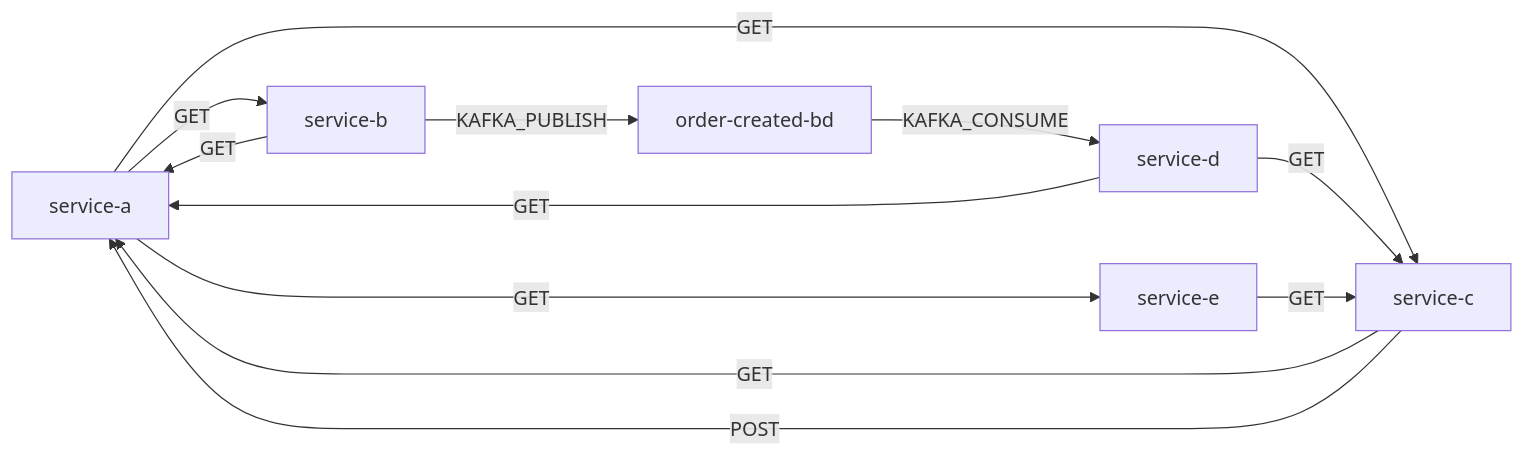
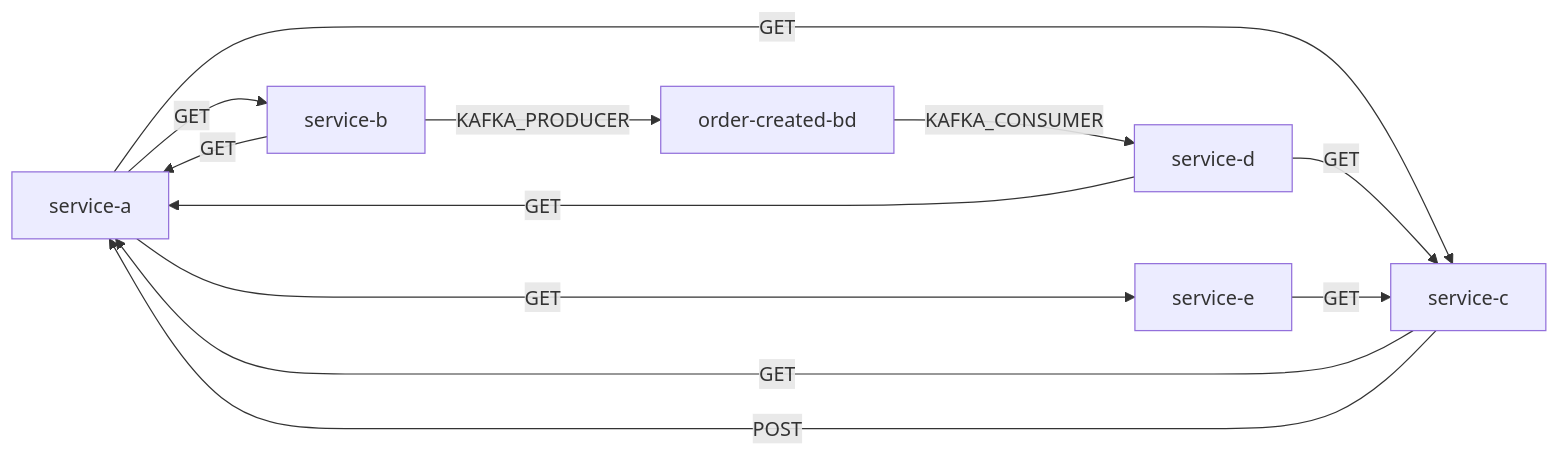
The diagram in output/deps.md (lokesh0507/First_project), drawn with Mermaid before and after one commit. The commit also changed 2 other files, not shown here.

Commit message:
output change

````diff
--- a/output/deps.md
+++ b/output/deps.md
@@ -1,14 +1,14 @@
 ```mermaid
 graph LR
   service-a -->|GET| service-b
   service-a -->|GET| service-c
   service-a -->|GET| service-e
   service-b -->|GET| service-a
-  service-b -->|KAFKA_PUBLISH| order-created-bd
+  service-b -->|KAFKA_PRODUCER| order-created-bd
   service-c -->|GET| service-a
   service-c -->|POST| service-a
   service-d -->|GET| service-a
   service-d -->|GET| service-c
-  order-created-bd -->|KAFKA_CONSUME| service-d
+  order-created-bd -->|KAFKA_CONSUMER| service-d
   service-e -->|GET| service-c
 ```
````
